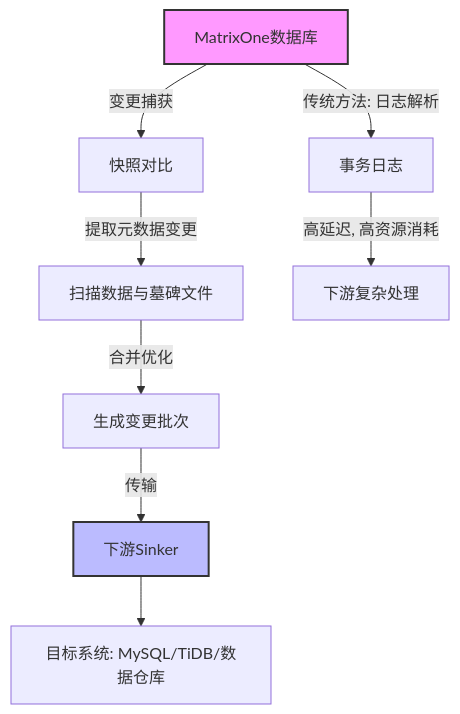
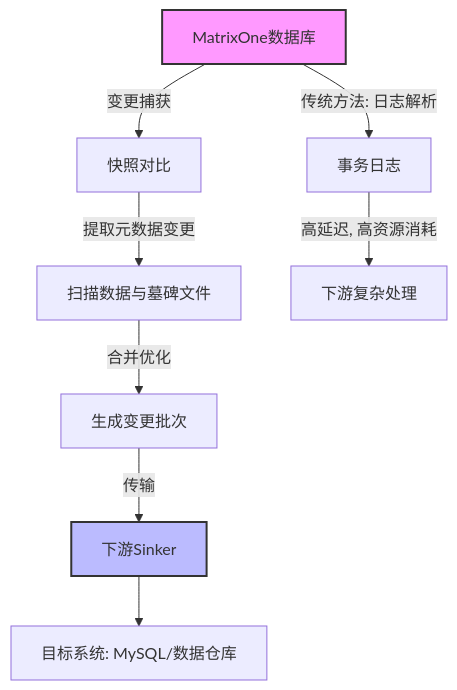
One commit to XuPeng-SH/tae_design changed the first of 4 diagrams in articles/mo_cdc.md. Above: the diagram before and after it, drawn with Mermaid. The commit also changed other lines of this file, not shown here.

````diff
--- a/articles/mo_cdc.md
+++ b/articles/mo_cdc.md
@@ -41,12 +41,12 @@
 ```mermaid
 graph TD
     A[MatrixOne数据库] -->|变更捕获| B[快照对比]
     B -->|提取元数据变更| C[扫描数据与墓碑文件]
     C -->|合并优化| D[生成变更批次]
     D -->|传输| E[下游Sinker]
-    E --> F[目标系统: MySQL/TiDB/数据仓库]
+    E --> F[目标系统: MySQL/数据仓库]
     A -->|传统方法: 日志解析| G[事务日志]
     G -->|高延迟, 高资源消耗| H[下游复杂处理]
     style A fill:#f9f,stroke:#333,stroke-width:2px
     style E fill:#bbf,stroke:#333,stroke-width:2px
 ```
````
